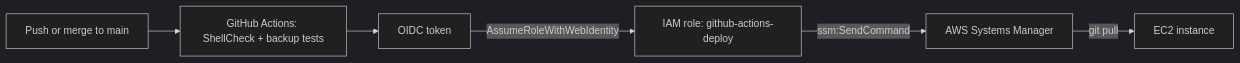
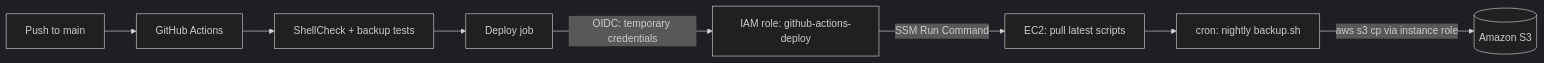
Before and after one commit to srushtirevoor99-beep/cloudops-toolkit: the diagram in README.md, drawn with Mermaid (dark theme). The commit also changed other lines of this file, not shown here.

````diff
--- a/README.md
+++ b/README.md
@@ -63,8 +35,10 @@
 ```mermaid
 flowchart LR
-    A["Push or merge to main"] --> B["GitHub Actions: ShellCheck + backup tests"]
-    B --> C["OIDC token"]
-    C -->|AssumeRoleWithWebIdentity| D["IAM role: github-actions-deploy"]
-    D -->|ssm:SendCommand| E["AWS Systems Manager"]
-    E -->|git pull| F["EC2 instance"]
+    A["Push to main"] --> B["GitHub Actions"]
+    B --> C["ShellCheck + backup tests"]
+    C --> D["Deploy job"]
+    D -->|"OIDC: temporary credentials"| E["IAM role: github-actions-deploy"]
+    E -->|"SSM Run Command"| F["EC2: pull latest scripts"]
+    F --> G["cron: nightly backup.sh"]
+    G -->|"aws s3 cp via instance role"| H[("Amazon S3")]
 ```
````
